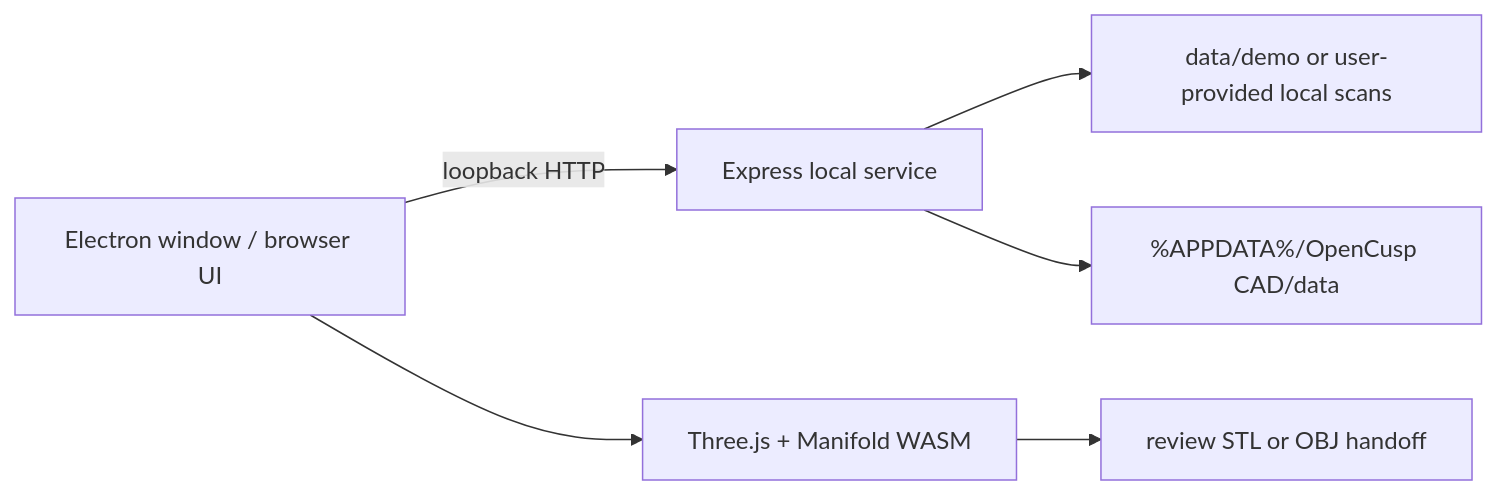
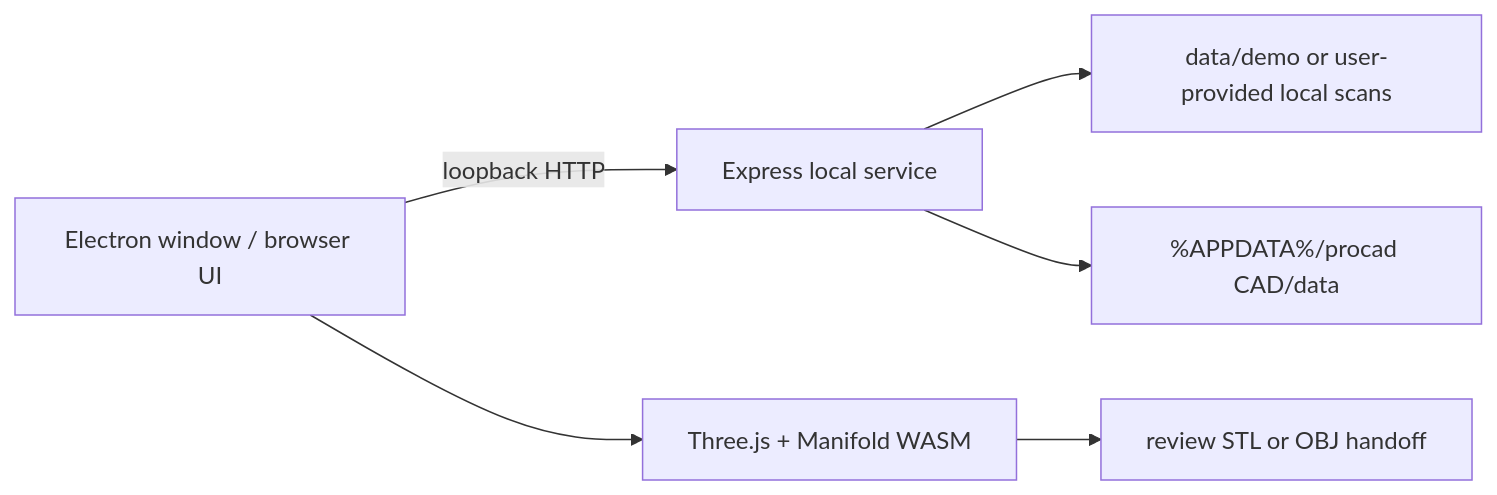
Before and after one commit to minagayid/OpenCuspCAD: the diagram in docs/ARCHITECTURE.md, drawn with Mermaid. The commit also changed other lines of this file and 23 other files, not shown here.

````diff
--- a/docs/ARCHITECTURE.md
+++ b/docs/ARCHITECTURE.md
@@ -5,8 +5,8 @@
 ```mermaid
 flowchart LR
   UI[Electron window / browser UI] -->|loopback HTTP| API[Express local service]
   UI --> GEO[Three.js + Manifold WASM]
   API --> SCANS[data/demo or user-provided local scans]
-  API --> USER[%APPDATA%/OpenCusp CAD/data]
+  API --> USER[%APPDATA%/procad CAD/data]
   GEO --> STL[review STL or OBJ handoff]
 ```
````
